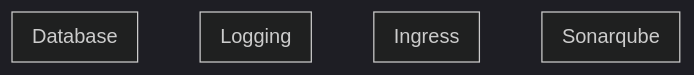
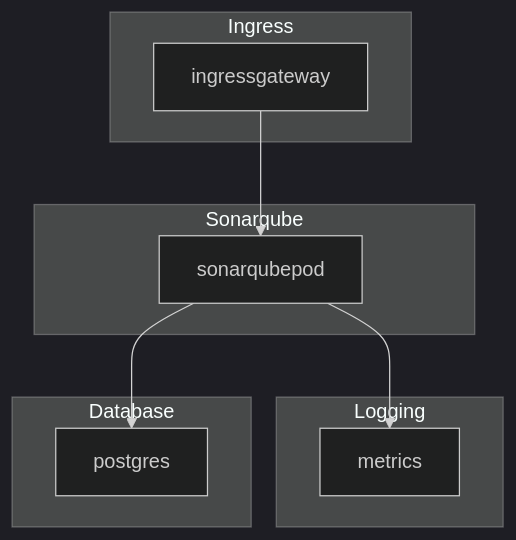
Before and after one commit to rjferguson21/big-bang: the first of 2 diagrams in charter/packages/sonarqube/Architecture.md, drawn with Mermaid (dark theme).

````diff
--- a/charter/packages/sonarqube/Architecture.md
+++ b/charter/packages/sonarqube/Architecture.md
@@ -9,14 +9,18 @@
 ```mermaid
 graph TB
+  subgraph "Ingress"
+    ingressgateway
+  end
+
   subgraph "Sonarqube"
+    ingressgateway --> sonarqubepod
   end      
 
-  subgraph "Ingress"
-  end
-
   subgraph "Logging"
+    sonarqubepod --> metrics
   end
 
   subgraph "Database"
-    end
+    sonarqubepod --> postgres
+  end
 ```
````
